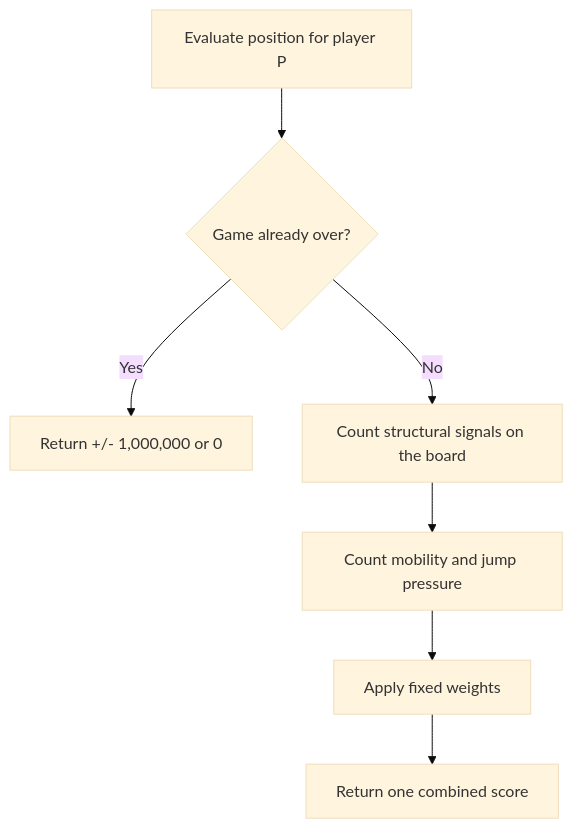
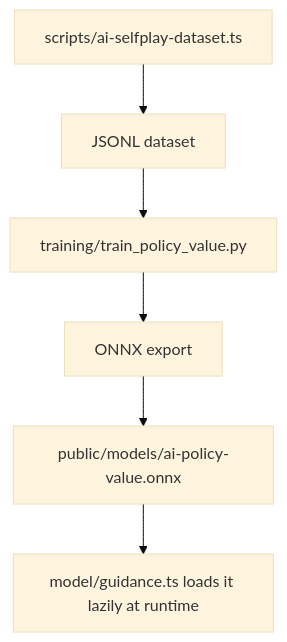
Before and after one commit to kstroevsky/white-maybe-black: the third of 3 diagrams in src/ai/README.md, drawn with Mermaid (base theme). The commit also changed other lines of this file and 2 other files, not shown here.

````diff
--- a/src/ai/README.md
+++ b/src/ai/README.md
@@ -293,9 +402,8 @@
 ```mermaid
 flowchart TD
-  A["Evaluate position for player P"] --> B{"Game already over?"}
-  B -- "Yes" --> C["Return +/- 1,000,000 or 0"]
-  B -- "No" --> D["Count structural signals on the board"]
-  D --> E["Count mobility and jump pressure"]
-  E --> F["Apply fixed weights"]
-  F --> G["Return one combined score"]
+  A["scripts/ai-selfplay-dataset.ts"] --> B["JSONL dataset"]
+  B --> C["training/train_policy_value.py"]
+  C --> D["ONNX export"]
+  D --> E["public/models/ai-policy-value.onnx"]
+  E --> F["model/guidance.ts loads it lazily at runtime"]
 ```
````
